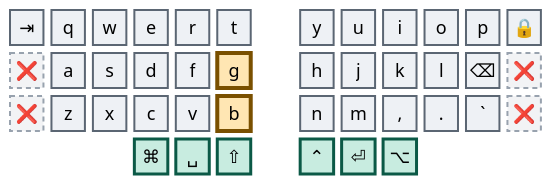
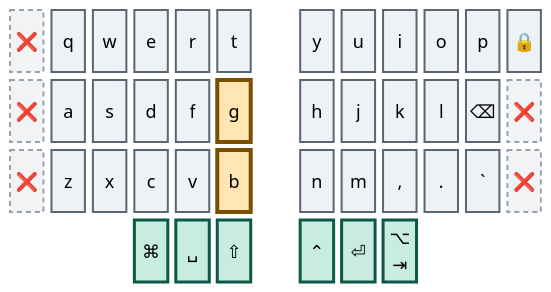
The second of 41 diagrams in combos.md (abloch/zmk-corne), drawn with Mermaid before and after one commit. The commit also changed other lines of this file and 5 other files, not shown here.

````diff
--- a/combos.md
+++ b/combos.md
@@ -51,21 +51,21 @@
 ```mermaid
 %%{init: {'theme':'base','themeVariables':{'primaryColor':'#eef1f5','primaryTextColor':'#0b0f14','primaryBorderColor':'#5b6673','nodeTextColor':'#0b0f14','textColor':'#0b0f14','mainBkg':'#eef1f5','fontSize':'18px'}}}%%
 block
 columns 13
 
-  tab["⇥"] q w e r t space y u i o p lock["🔒"]
+  tab["❌"] q w e r t space y u i o p lock["🔒"]
   x4["❌"] a s d f g space h j k l bspc["⌫"] x1["❌"]
   x2["❌"] z x c v b space n m cma[","] dot["."] grv[" `"] x3["❌"]
-  space:3 cmd["⌘"] spc["␣"] sft["⇧"] space ctl["⌃"] ent["⏎"] alt["⌥"] space:3
+  space:3 cmd["⌘"] spc["␣"] sft["⇧"] space ctl["⌃"] ent["⏎"] alt["⌥<br/>⇥"] space:3
 
   classDef anchor fill:#bfe6f0,stroke:#0a4f63,stroke-width:4px,color:#04222b
   classDef trig fill:#ffe6b3,stroke:#7a5000,stroke-width:4px,color:#2e1e00
   classDef core fill:#eef1f5,stroke:#5b6673,stroke-width:2px,color:#0b0f14
   classDef thumb fill:#c8ece0,stroke:#0b5946,stroke-width:3px,color:#06241c
   classDef dead fill:#f2f3f5,stroke:#98a2ae,stroke-width:2px,stroke-dasharray:5 4,color:#5b6673
 
   class g,b trig
-  class tab,q,w,e,r,t,y,u,i,o,p,lock,a,s,d,f,h,j,k,l,bspc,z,x,c,v,n,m,cma,dot,grv core
+  class q,w,e,r,t,y,u,i,o,p,lock,a,s,d,f,h,j,k,l,bspc,z,x,c,v,n,m,cma,dot,grv core
   class cmd,spc,sft,ctl,ent,alt thumb
-  class x1,x2,x3,x4 dead
+  class tab,x1,x2,x3,x4 dead
 ```
````
